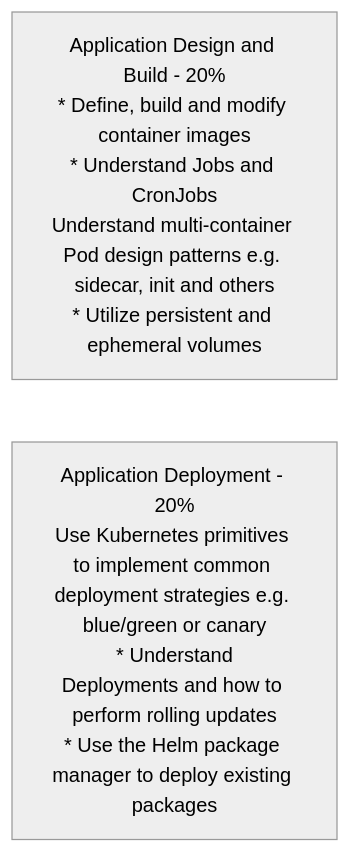
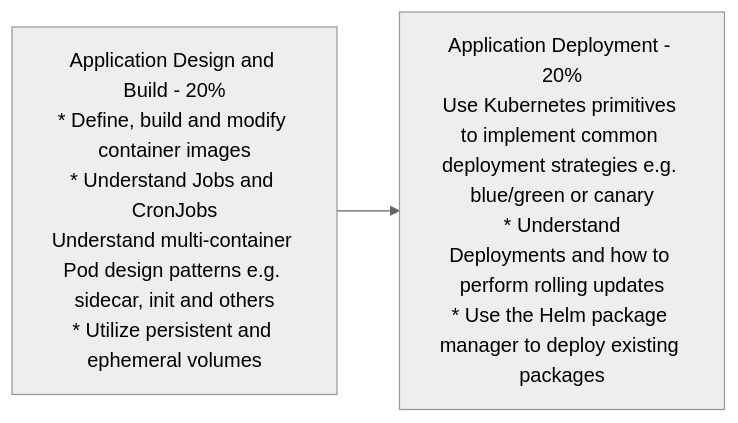
The first of 2 diagrams in README.md (edithturn/CKAD-training), drawn with Mermaid (neutral theme) before and after one commit. The commit also changed other lines of this file, not shown here.

````diff
--- a/README.md
+++ b/README.md
@@ -13,6 +13,6 @@
 ```mermaid
 flowchart LR
-A[Application Design and Build - 20%<br />* Define, build and modify container images<br />* Understand Jobs and CronJobs<br />Understand multi-container Pod design patterns e.g. sidecar, init and others<br />* Utilize persistent and ephemeral volumes]
+A[Application Design and Build - 20%<br />* Define, build and modify container images<br />* Understand Jobs and CronJobs<br />Understand multi-container Pod design patterns e.g. sidecar, init and others<br />* Utilize persistent and ephemeral volumes] --> B
 
 B[Application Deployment - 20%<br />Use Kubernetes primitives to implement common deployment strategies e.g. blue/green or canary<br /> * Understand Deployments and how to perform rolling updates<br />* Use the Helm package manager to deploy existing packages]
 ```
````
